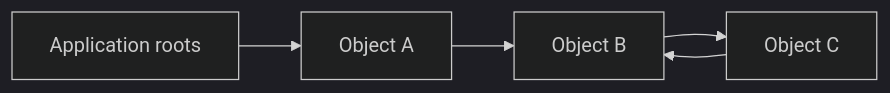
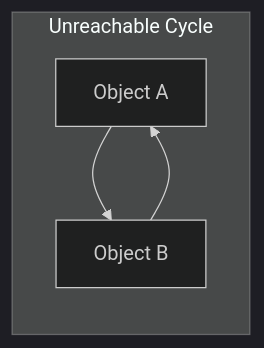
The third of 5 diagrams in src/content/python/garbage-collection.md (AvadhBhalodiya/Interview-Preparation), drawn with Mermaid (dark theme) before and after one commit. The commit also changed other lines of this file and 80 other files, not shown here.

````diff
--- a/src/content/python/garbage-collection.md
+++ b/src/content/python/garbage-collection.md
@@ -345,14 +168,7 @@
 ```mermaid
 flowchart LR
-    Root[Application roots]
-
-    A[Object A]
-    B[Object B]
-    C[Object C]
-
-    Root --> A
-    A --> B
-
-    B --> C
-    C --> B
+    subgraph Unreachable Cycle
+        A[Object A] --> B[Object B]
+        B --> A
+    end
 ```
````
